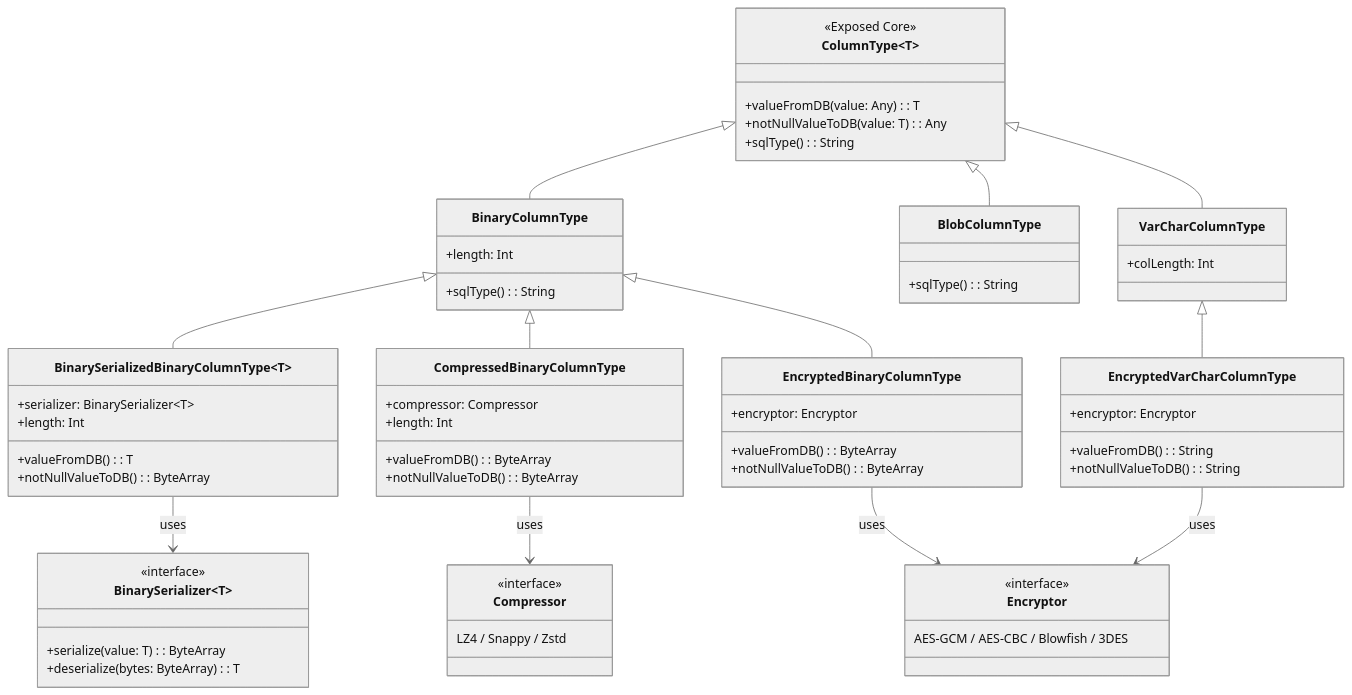
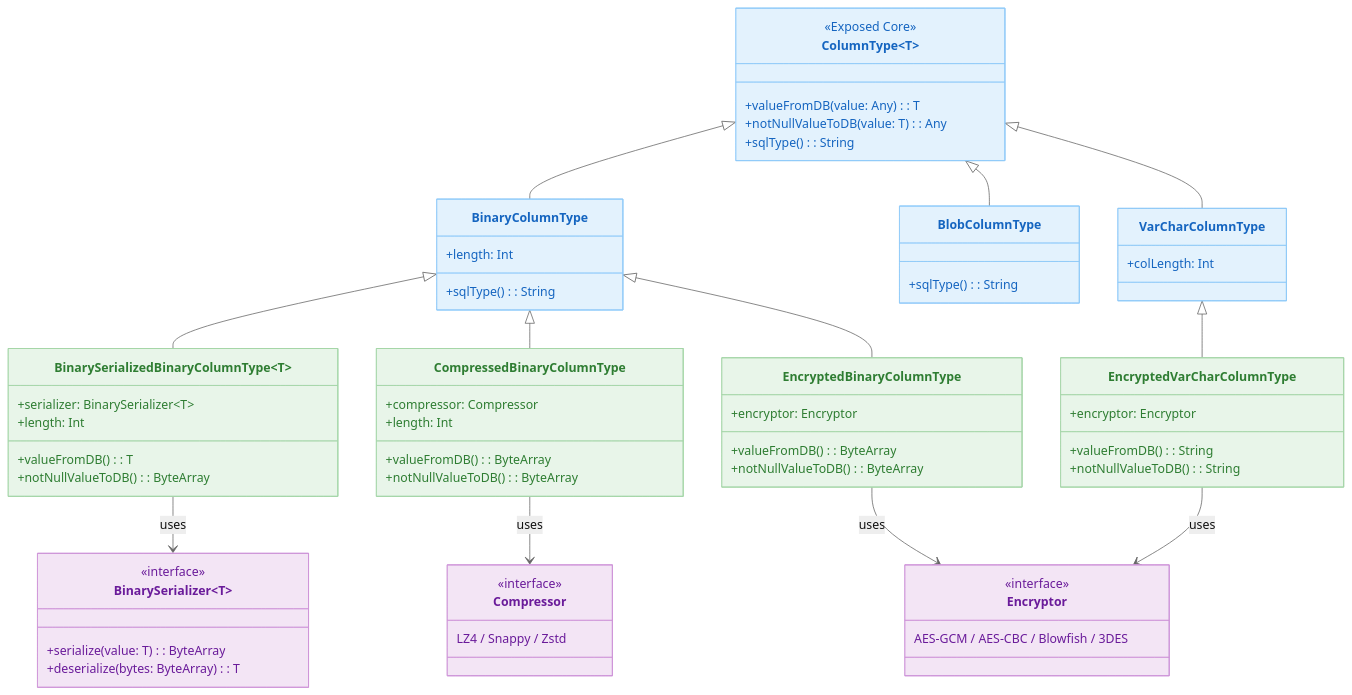
The second of 2 diagrams in 06-advanced/06-custom-columns/README.md (bluetape4k/exposed-workshop), drawn with Mermaid (neutral theme) before and after one commit. The commit also changed other lines of this file and 56 other files, not shown here.

First line of the commit message:
docs: 전체 README mermaid 다이어그램에 파스텔 톤 색상 적용

````diff
--- a/06-advanced/06-custom-columns/README.md
+++ b/06-advanced/06-custom-columns/README.md
@@ -49,67 +57,79 @@
 ```mermaid
 classDiagram
     class ColumnType~T~ {
         <<Exposed Core>>
         +valueFromDB(value: Any): T
         +notNullValueToDB(value: T): Any
         +sqlType(): String
     }
     class BinaryColumnType {
         +length: Int
         +sqlType(): String
     }
     class BlobColumnType {
         +sqlType(): String
     }
     class VarCharColumnType {
         +colLength: Int
     }
     class BinarySerializedBinaryColumnType~T~ {
         +serializer: BinarySerializer~T~
         +length: Int
         +valueFromDB(): T
         +notNullValueToDB(): ByteArray
     }
     class CompressedBinaryColumnType {
         +compressor: Compressor
         +length: Int
         +valueFromDB(): ByteArray
         +notNullValueToDB(): ByteArray
     }
     class EncryptedBinaryColumnType {
         +encryptor: Encryptor
         +valueFromDB(): ByteArray
         +notNullValueToDB(): ByteArray
     }
     class EncryptedVarCharColumnType {
         +encryptor: Encryptor
         +valueFromDB(): String
         +notNullValueToDB(): String
     }
 
     class BinarySerializer~T~ {
         <<interface>>
         +serialize(value: T): ByteArray
         +deserialize(bytes: ByteArray): T
     }
     class Compressor {
         <<interface>>
         LZ4 / Snappy / Zstd
     }
     class Encryptor {
         <<interface>>
         AES-GCM / AES-CBC / Blowfish / 3DES
     }
 
     ColumnType <|-- BinaryColumnType
     ColumnType <|-- BlobColumnType
     ColumnType <|-- VarCharColumnType
     BinaryColumnType <|-- BinarySerializedBinaryColumnType
     BinaryColumnType <|-- CompressedBinaryColumnType
     BinaryColumnType <|-- EncryptedBinaryColumnType
     VarCharColumnType <|-- EncryptedVarCharColumnType
     BinarySerializedBinaryColumnType --> BinarySerializer : uses
     CompressedBinaryColumnType --> Compressor : uses
     EncryptedBinaryColumnType --> Encryptor : uses
     EncryptedVarCharColumnType --> Encryptor : uses
+
+    style ColumnType fill:#E3F2FD,stroke:#90CAF9,color:#1565C0
+    style BinaryColumnType fill:#E3F2FD,stroke:#90CAF9,color:#1565C0
+    style BlobColumnType fill:#E3F2FD,stroke:#90CAF9,color:#1565C0
+    style VarCharColumnType fill:#E3F2FD,stroke:#90CAF9,color:#1565C0
+    style BinarySerializedBinaryColumnType fill:#E8F5E9,stroke:#A5D6A7,color:#2E7D32
+    style CompressedBinaryColumnType fill:#E8F5E9,stroke:#A5D6A7,color:#2E7D32
+    style EncryptedBinaryColumnType fill:#E8F5E9,stroke:#A5D6A7,color:#2E7D32
+    style EncryptedVarCharColumnType fill:#E8F5E9,stroke:#A5D6A7,color:#2E7D32
+    style BinarySerializer fill:#F3E5F5,stroke:#CE93D8,color:#6A1B9A
+    style Compressor fill:#F3E5F5,stroke:#CE93D8,color:#6A1B9A
+    style Encryptor fill:#F3E5F5,stroke:#CE93D8,color:#6A1B9A
 ```
````
